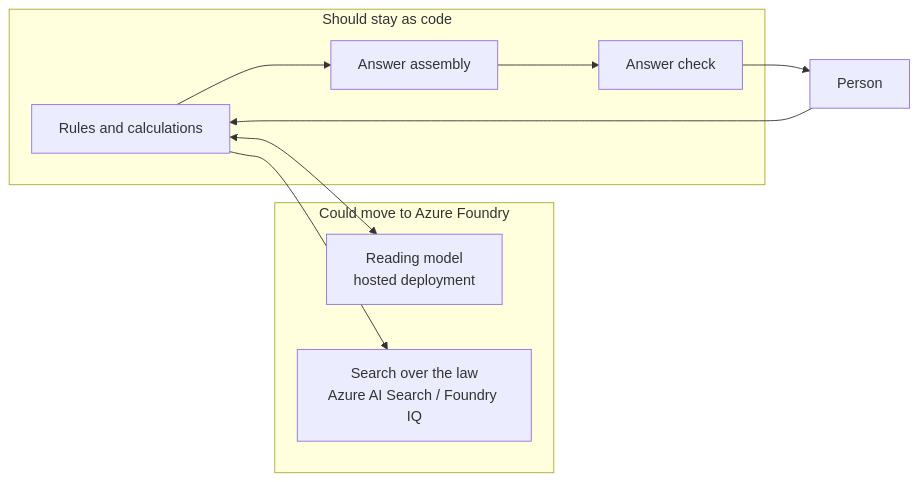
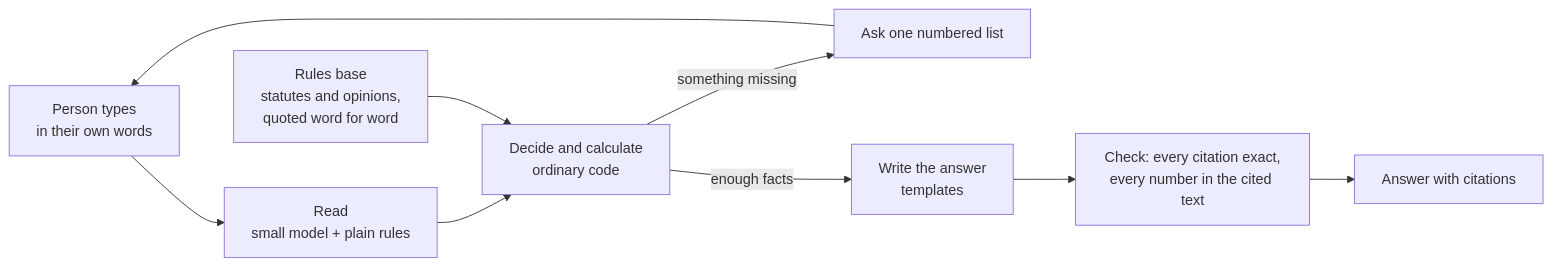
Before and after one commit to Haddley/haddley.github.io: the third of 6 diagrams in content/azurefoundryagent7.md, drawn with Mermaid. The commit also changed other lines of this file and 4 other files, not shown here.

First line of the commit message:
Publish Azure Foundry Agent Part 6: Minnesota DWI AI advisor

````diff
--- a/content/azurefoundryagent7.md
+++ b/content/azurefoundryagent7.md
@@ -211,16 +97,11 @@
 ```mermaid
 flowchart LR
-    subgraph Foundry["Could move to Azure Foundry"]
-        M["Reading model<br/>hosted deployment"]
-        S["Search over the law<br/>Azure AI Search / Foundry IQ"]
-    end
-    subgraph Mine["Should stay as code"]
-        RU["Rules and calculations"]
-        GT["Answer check"]
-        AS["Answer assembly"]
-    end
-    P["Person"] --> RU
-    RU <--> M
-    RU --> S
-    RU --> AS --> GT --> P
+    P["Person types<br/>in their own words"] --> R["Read<br/>small model + plain rules"]
+    R --> D["Decide and calculate<br/>ordinary code"]
+    D -->|"something missing"| Q["Ask one numbered list"]
+    Q --> P
+    D -->|"enough facts"| A["Write the answer<br/>templates"]
+    L["Rules base<br/>statutes and opinions,<br/>quoted word for word"] --> D
+    A --> G["Check: every citation exact,<br/>every number in the cited text"]
+    G --> OUT["Answer with citations"]
 ```
````
